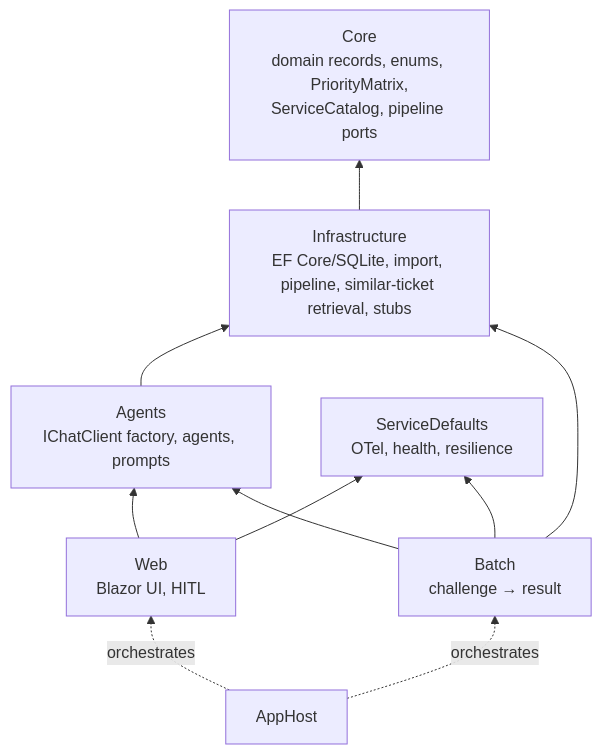
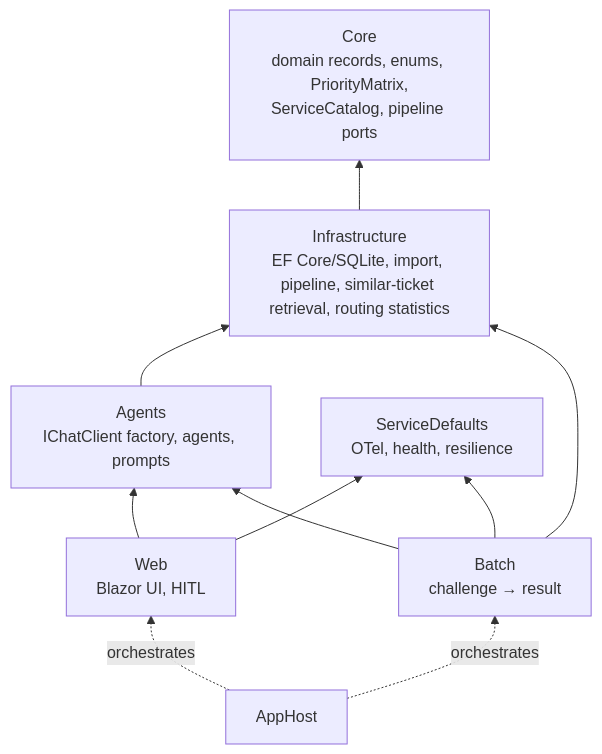
Before and after one commit to githubfawu/TriAIge: the second of 8 diagrams in docs/architecture.md, drawn with Mermaid. The commit also changed other lines of this file and 66 other files, not shown here.

Commit message:
feat(score): real-data I/O, statistics routing, resolution status, 7-field validator

````diff
--- a/docs/architecture.md
+++ b/docs/architecture.md
@@ -40,20 +40,20 @@
 ```mermaid
 flowchart BT
     core["Core<br/>domain records, enums, PriorityMatrix,<br/>ServiceCatalog, pipeline ports"]
-    infra["Infrastructure<br/>EF Core/SQLite, import, pipeline, similar-ticket retrieval, stubs"]
+    infra["Infrastructure<br/>EF Core/SQLite, import, pipeline, similar-ticket retrieval, routing statistics"]
     agents["Agents<br/>IChatClient factory, agents, prompts"]
     web["Web<br/>Blazor UI, HITL"]
     batch["Batch<br/>challenge → result"]
     sd["ServiceDefaults<br/>OTel, health, resilience"]
     host["AppHost"]
 
     infra --> core
     agents --> infra
     web --> agents
     batch --> agents
     batch --> infra
     web --> sd
     batch --> sd
     host -. orchestrates .-> web
     host -. orchestrates .-> batch
 ```
````
